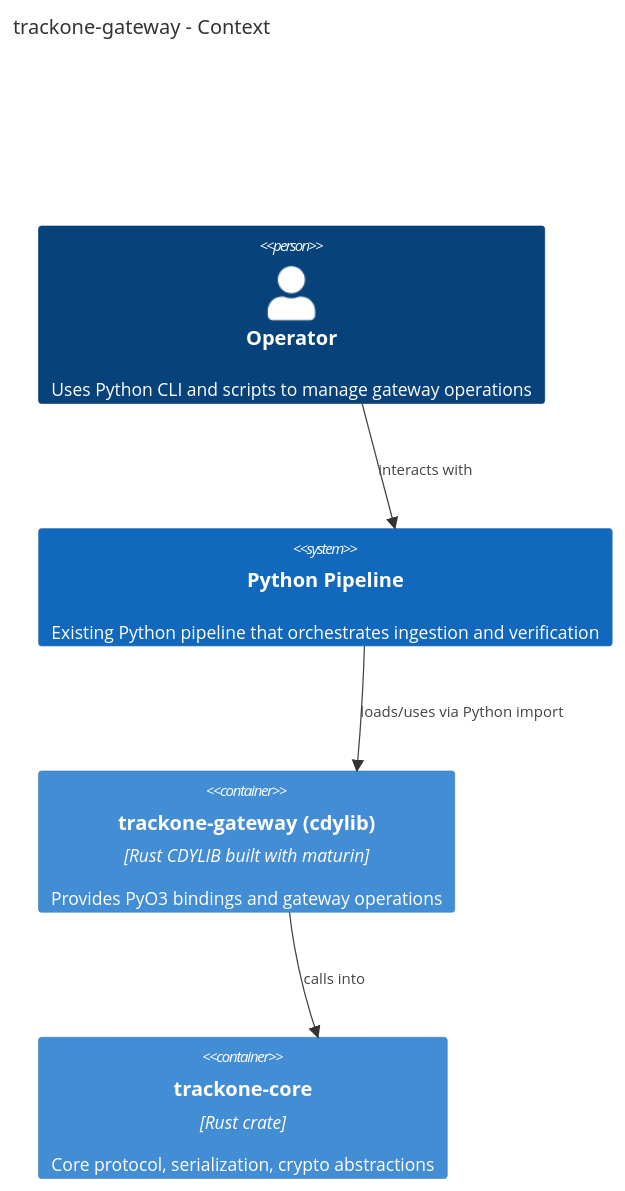
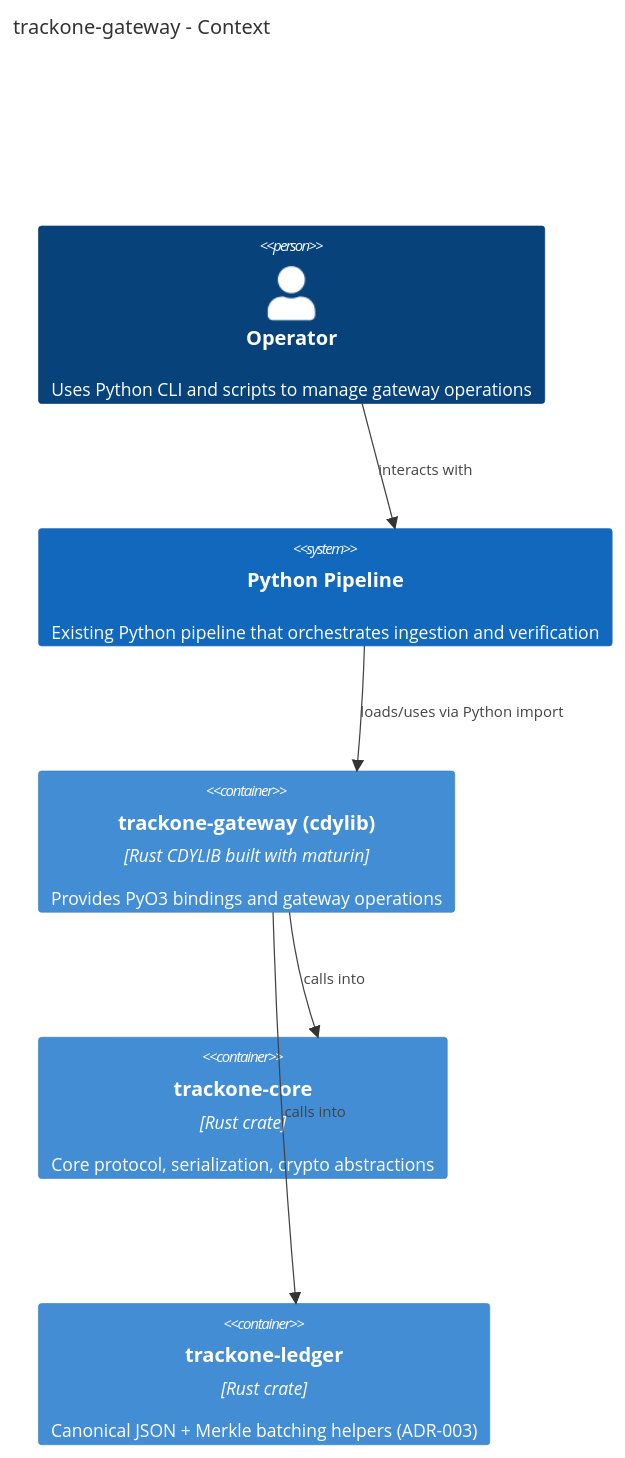
The diagram in crates/trackone-gateway/README.md (bilalobe/trackone), drawn with Mermaid before and after one commit. The commit also changed other lines of this file, not shown here.

Commit message:
docs(trackone-gateway): update README for ledger integration and ADR-003 helpers
- Documented `trackone-ledger` addition and its role in JSON canonicalization and ADR-003 compliance.
- Added details for new helpers: `canonicalize_json_bytes` and `build_day_v1_single_batch`.
- Included `merkle_root_hex_and_leaf_hashes` for parity with Python pipeline.
- Updated architecture diagram to reflect `trackone-ledger` dependency.

````diff
--- a/crates/trackone-gateway/README.md
+++ b/crates/trackone-gateway/README.md
@@ -36,12 +41,14 @@
 ```mermaid
-C4Context
-    title trackone-gateway - Context
-    Person(p1, "Operator", "Uses Python CLI and scripts to manage gateway operations")
-    System(system, "Python Pipeline", "Existing Python pipeline that orchestrates ingestion and verification")
-    Container(c1, "trackone-gateway (cdylib)", "Rust CDYLIB built with maturin", "Provides PyO3 bindings and gateway operations")
-    Container(c2, "trackone-core", "Rust crate", "Core protocol, serialization, crypto abstractions")
+	C4Context
+	    title trackone-gateway - Context
+	    Person(p1, "Operator", "Uses Python CLI and scripts to manage gateway operations")
+	    System(system, "Python Pipeline", "Existing Python pipeline that orchestrates ingestion and verification")
+	    Container(c1, "trackone-gateway (cdylib)", "Rust CDYLIB built with maturin", "Provides PyO3 bindings and gateway operations")
+	    Container(c2, "trackone-core", "Rust crate", "Core protocol, serialization, crypto abstractions")
+	    Container(c3, "trackone-ledger", "Rust crate", "Canonical JSON + Merkle batching helpers (ADR-003)")
 
-    Rel(p1, system, "interacts with")
-    Rel(system, c1, "loads/uses via Python import")
-    Rel(c1, c2, "calls into")
+	    Rel(p1, system, "interacts with")
+	    Rel(system, c1, "loads/uses via Python import")
+	    Rel(c1, c2, "calls into")
+	    Rel(c1, c3, "calls into")
 ```
````
